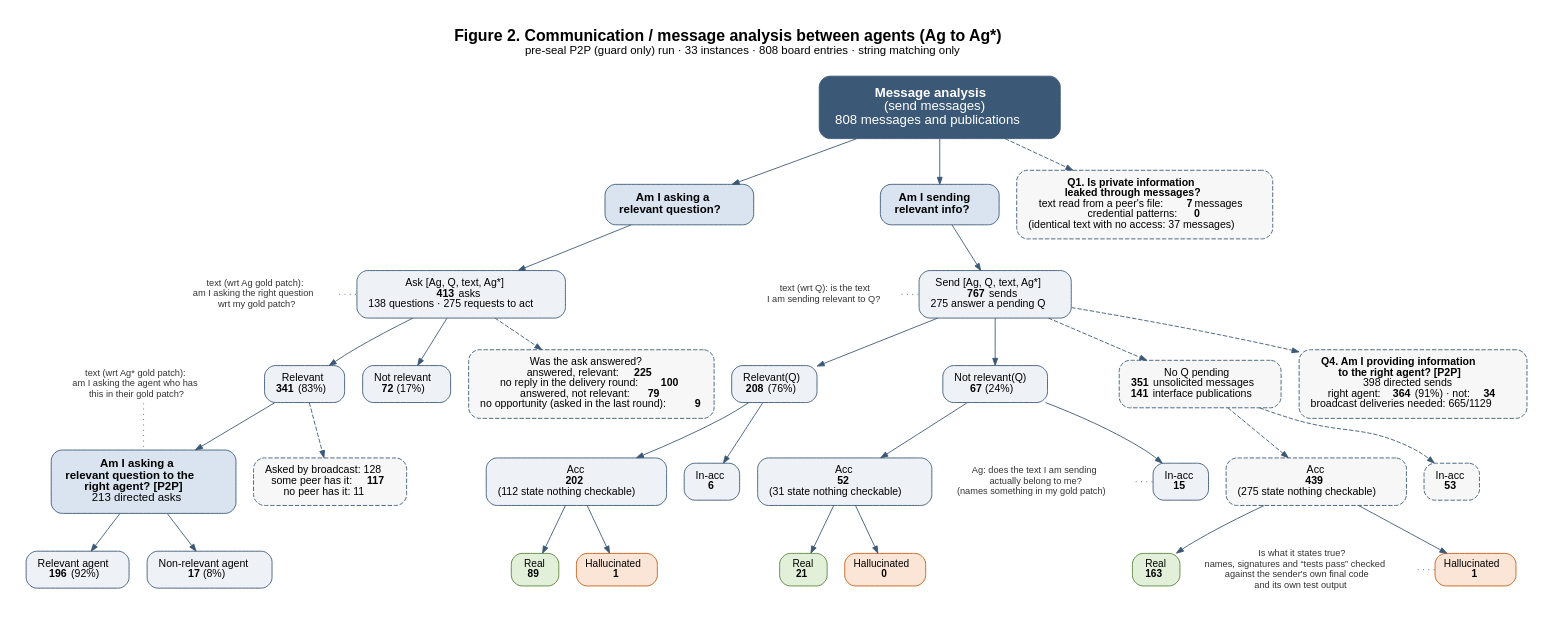
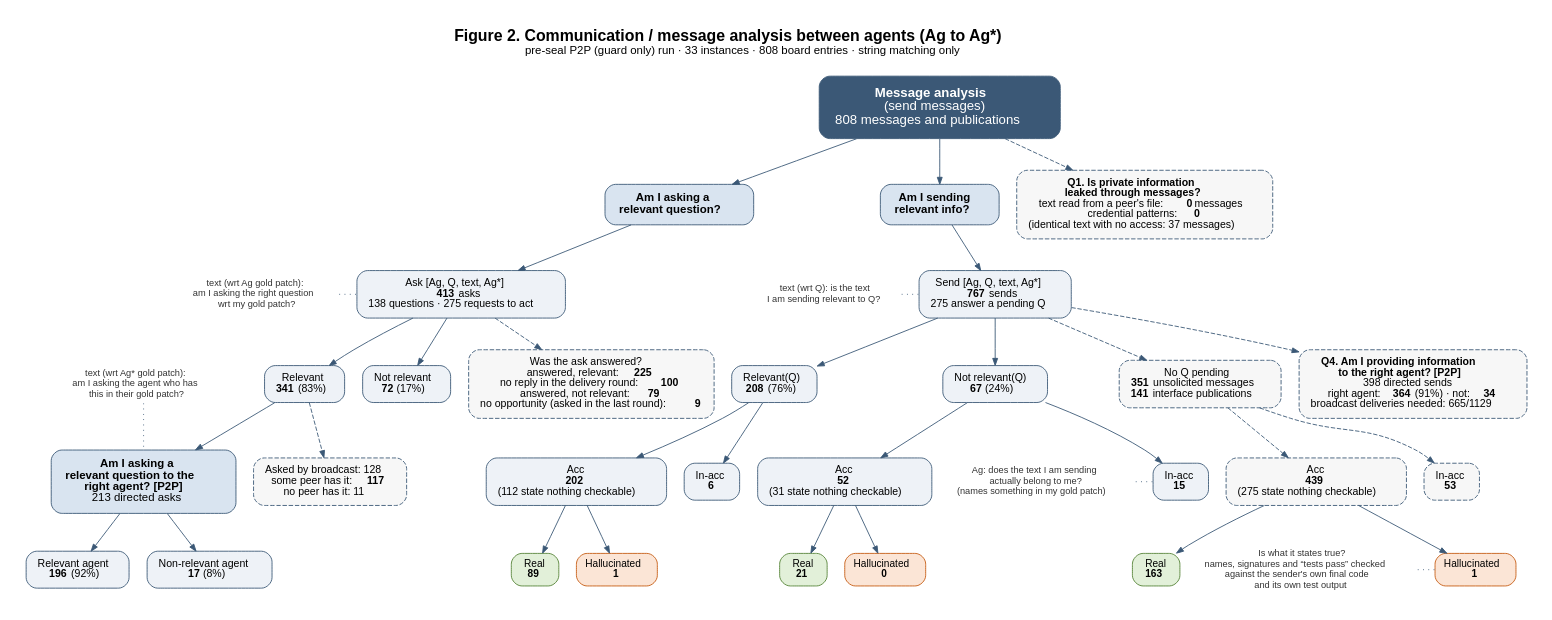
One commit to Durgesh-Kalwar/MASWE-bench_Pro changed the diagram in multiagent_pro_out_p2p_sweep34/analysis/whiteboard/results/figure2_message_analysis.dot. Above: the diagram before and after it, drawn with Graphviz. The commit also changed 18 other files, not shown here.

```diff
--- a/multiagent_pro_out_p2p_sweep34/analysis/whiteboard/results/figure2_message_analysis.dot
+++ b/multiagent_pro_out_p2p_sweep34/analysis/whiteboard/results/figure2_message_analysis.dot
@@ -1,54 +1,54 @@
 digraph G {
  rankdir=TB; ranksep=0.5;
  graph [fontname="Helvetica", labelloc=t, fontsize=18, pad=0.3, nodesep=0.28];
  node [fontname="Helvetica"];
  edge [color="#3b5876", arrowsize=0.8, fontname="Helvetica", fontsize=10];
  label=<<b>Figure 2. Communication / message analysis between agents (Ag to Ag*)</b><br/><font point-size="13">pre-seal P2P (guard only) run · 33 instances · 808 board entries · string matching only</font><br/> >;
   root [shape=box, style="rounded,filled", fillcolor="#3b5876", fontcolor=white, color="#3b5876", fontsize=15, margin="0.25,0.18", label=<<b>Message analysis</b><br/>(send messages)<br/>808 messages and publications>];
   askq [shape=box, style="rounded,filled", fillcolor="#d9e4f0", color="#3b5876", fontsize=13, margin="0.22,0.14", label=<<b>Am I asking a<br/>relevant question?</b>>];
   sendq [shape=box, style="rounded,filled", fillcolor="#d9e4f0", color="#3b5876", fontsize=13, margin="0.22,0.14", label=<<b>Am I sending<br/>relevant info?</b>>];
   ask [shape=box, style="rounded,filled", fillcolor="#eef2f7", color="#3b5876", fontsize=12, margin="0.18,0.12", label=<Ask [Ag, Q, text, Ag*]<br/><b>413</b> asks<br/>138 questions · 275 requests to act>];
   arel [shape=box, style="rounded,filled", fillcolor="#eef2f7", color="#3b5876", fontsize=12, margin="0.18,0.12", label=<Relevant<br/><b>341</b> (83%)>];
   anot [shape=box, style="rounded,filled", fillcolor="#eef2f7", color="#3b5876", fontsize=12, margin="0.18,0.12", label=<Not relevant<br/><b>72</b> (17%)>];
   p2p [shape=box, style="rounded,filled", fillcolor="#d9e4f0", color="#3b5876", fontsize=13, margin="0.22,0.14", label=<<b>Am I asking a<br/>relevant question to the<br/>right agent? [P2P]</b><br/>213 directed asks>];
   ra [shape=box, style="rounded,filled", fillcolor="#eef2f7", color="#3b5876", fontsize=12, margin="0.18,0.12", label=<Relevant agent<br/><b>196</b> (92%)>];
   wa [shape=box, style="rounded,filled", fillcolor="#eef2f7", color="#3b5876", fontsize=12, margin="0.18,0.12", label=<Non-relevant agent<br/><b>17</b> (8%)>];
   bc [shape=box, style="rounded,filled,dashed", fillcolor="#f7f7f7", color="#3b5876", fontsize=12, margin="0.18,0.12", label=<Asked by broadcast: 128<br/>some peer has it: <b>117</b><br/>no peer has it: 11>];
   ans [shape=box, style="rounded,filled,dashed", fillcolor="#f7f7f7", color="#3b5876", fontsize=12, margin="0.18,0.12", label=<Was the ask answered?<br/>answered, relevant: <b>225</b><br/>no reply in the delivery round: <b>100</b><br/>answered, not relevant: <b>79</b><br/>no opportunity (asked in the last round): <b>9</b>>];
   send [shape=box, style="rounded,filled", fillcolor="#eef2f7", color="#3b5876", fontsize=12, margin="0.18,0.12", label=<Send [Ag, Q, text, Ag*]<br/><b>767</b> sends<br/>275 answer a pending Q>];
   srel [shape=box, style="rounded,filled", fillcolor="#eef2f7", color="#3b5876", fontsize=12, margin="0.18,0.12", label=<Relevant(Q)<br/><b>208</b> (76%)>];
   snot [shape=box, style="rounded,filled", fillcolor="#eef2f7", color="#3b5876", fontsize=12, margin="0.18,0.12", label=<Not relevant(Q)<br/><b>67</b> (24%)>];
   noq [shape=box, style="rounded,filled,dashed", fillcolor="#f7f7f7", color="#3b5876", fontsize=12, margin="0.18,0.12", label=<No Q pending<br/><b>351</b> unsolicited messages<br/><b>141</b> interface publications>];
   accr [shape=box, style="rounded,filled", fillcolor="#eef2f7", color="#3b5876", fontsize=12, margin="0.18,0.12", label=<Acc<br/><b>202</b><br/>(112 state nothing checkable)>];
   inr [shape=box, style="rounded,filled", fillcolor="#eef2f7", color="#3b5876", fontsize=12, margin="0.18,0.12", label=<In-acc<br/><b>6</b>>];
   realr [shape=box, style="rounded,filled", fillcolor="#e2f0d9", color="#548235", fontsize=11.5, margin="0.14,0.10", label=<Real<br/><b>89</b>>];
   hallr [shape=box, style="rounded,filled", fillcolor="#fbe5d6", color="#c55a11", fontsize=11.5, margin="0.14,0.10", label=<Hallucinated<br/><b>1</b>>];
  accr -> realr; accr -> hallr;
   accn [shape=box, style="rounded,filled", fillcolor="#eef2f7", color="#3b5876", fontsize=12, margin="0.18,0.12", label=<Acc<br/><b>52</b><br/>(31 state nothing checkable)>];
   inn [shape=box, style="rounded,filled", fillcolor="#eef2f7", color="#3b5876", fontsize=12, margin="0.18,0.12", label=<In-acc<br/><b>15</b>>];
   realn [shape=box, style="rounded,filled", fillcolor="#e2f0d9", color="#548235", fontsize=11.5, margin="0.14,0.10", label=<Real<br/><b>21</b>>];
   halln [shape=box, style="rounded,filled", fillcolor="#fbe5d6", color="#c55a11", fontsize=11.5, margin="0.14,0.10", label=<Hallucinated<br/><b>0</b>>];
  accn -> realn; accn -> halln;
   accu [shape=box, style="rounded,filled,dashed", fillcolor="#f7f7f7", color="#3b5876", fontsize=12, margin="0.18,0.12", label=<Acc<br/><b>439</b><br/>(275 state nothing checkable)>];
   inu [shape=box, style="rounded,filled,dashed", fillcolor="#f7f7f7", color="#3b5876", fontsize=12, margin="0.18,0.12", label=<In-acc<br/><b>53</b>>];
   realu [shape=box, style="rounded,filled", fillcolor="#e2f0d9", color="#548235", fontsize=11.5, margin="0.14,0.10", label=<Real<br/><b>163</b>>];
   hallu [shape=box, style="rounded,filled", fillcolor="#fbe5d6", color="#c55a11", fontsize=11.5, margin="0.14,0.10", label=<Hallucinated<br/><b>1</b>>];
  accu -> realu; accu -> hallu;
   q4 [shape=box, style="rounded,filled,dashed", fillcolor="#f7f7f7", color="#3b5876", fontsize=12, margin="0.18,0.12", label=<<b>Q4. Am I providing information<br/>to the right agent? [P2P]</b><br/>398 directed sends<br/>right agent: <b>364</b> (91%) · not: <b>34</b><br/>broadcast deliveries needed: 665/1129>];
-  q1 [shape=box, style="rounded,filled,dashed", fillcolor="#f7f7f7", color="#3b5876", fontsize=12, margin="0.18,0.12", label=<<b>Q1. Is private information<br/>leaked through messages?</b><br/>text read from a peer's file: <b>7</b> messages<br/>credential patterns: <b>0</b><br/>(identical text with no access: 37 messages)>];
+  q1 [shape=box, style="rounded,filled,dashed", fillcolor="#f7f7f7", color="#3b5876", fontsize=12, margin="0.18,0.12", label=<<b>Q1. Is private information<br/>leaked through messages?</b><br/>text read from a peer's file: <b>0</b> messages<br/>credential patterns: <b>0</b><br/>(identical text with no access: 37 messages)>];
   n1 [shape=plaintext, fontsize=10.5, fontcolor="#333333", label=<text (wrt Ag gold patch):<br/>am I asking the right question<br/>wrt my gold patch?>];
   n2 [shape=plaintext, fontsize=10.5, fontcolor="#333333", label=<text (wrt Ag* gold patch):<br/>am I asking the agent who has<br/>this in their gold patch?>];
   n3 [shape=plaintext, fontsize=10.5, fontcolor="#333333", label=<text (wrt Q): is the text<br/>I am sending relevant to Q?>];
   n4 [shape=plaintext, fontsize=10.5, fontcolor="#333333", label=<Ag: does the text I am sending<br/>actually belong to me?<br/>(names something in my gold patch)>];
   n5 [shape=plaintext, fontsize=10.5, fontcolor="#333333", label=<Is what it states true?<br/>names, signatures and “tests pass” checked<br/>against the sender's own final code<br/>and its own test output>];
  root -> askq; root -> sendq;
  askq -> ask; ask -> arel; ask -> anot; arel -> p2p; p2p -> ra; p2p -> wa;
  arel -> bc [style=dashed]; ask -> ans [style=dashed];
  sendq -> send; send -> srel; send -> snot; send -> noq [style=dashed];
  srel -> accr; srel -> inr; snot -> accn; snot -> inn; noq -> accu [style=dashed]; noq -> inu [style=dashed];
  send -> q4 [style=dashed]; root -> q1 [style=dashed];
  n1 -> ask [style=dotted, arrowhead=none]; n2 -> p2p [style=dotted, arrowhead=none]; n3 -> send [style=dotted, arrowhead=none]; n4 -> inn [style=dotted, arrowhead=none]; n5 -> hallu [style=dotted, arrowhead=none];
  {rank=same; n1; ask; send; n3}
  {rank=same; accr; inr; accn; inn; accu; inu; n4}
  {rank=same; realr; hallr; realn; halln; realu; hallu; n5}
 }
```
